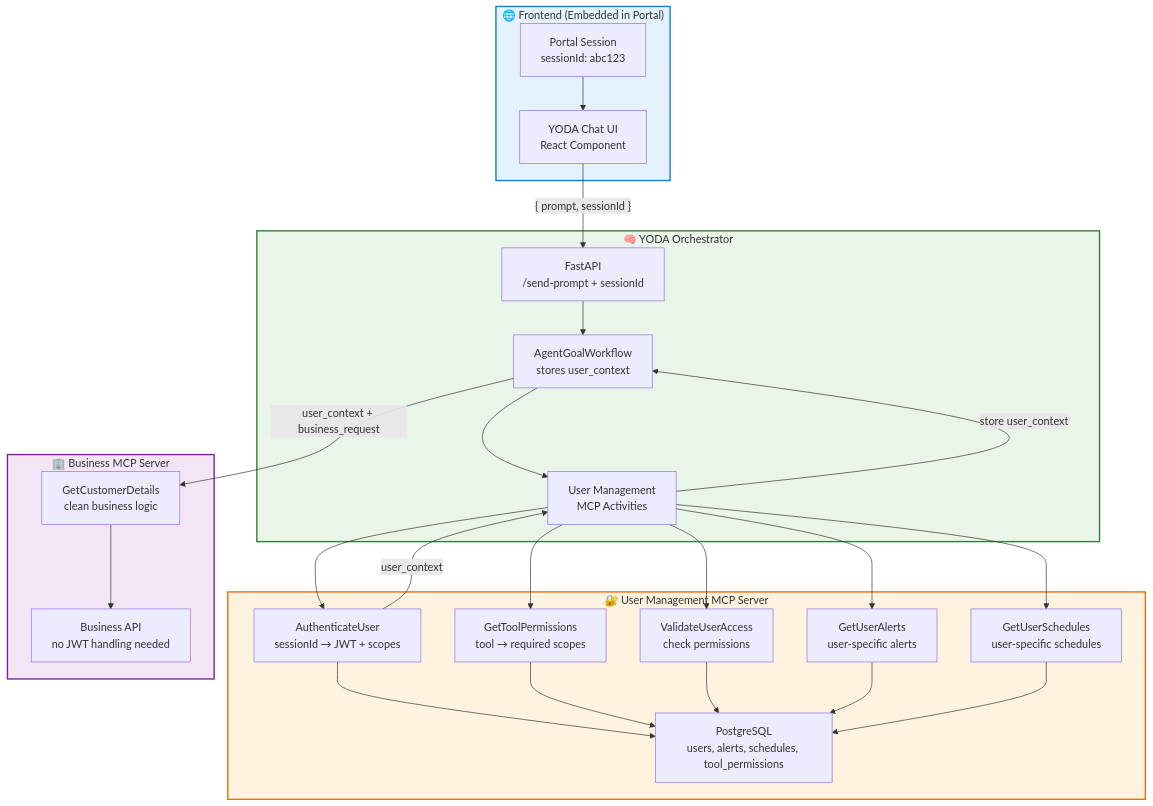
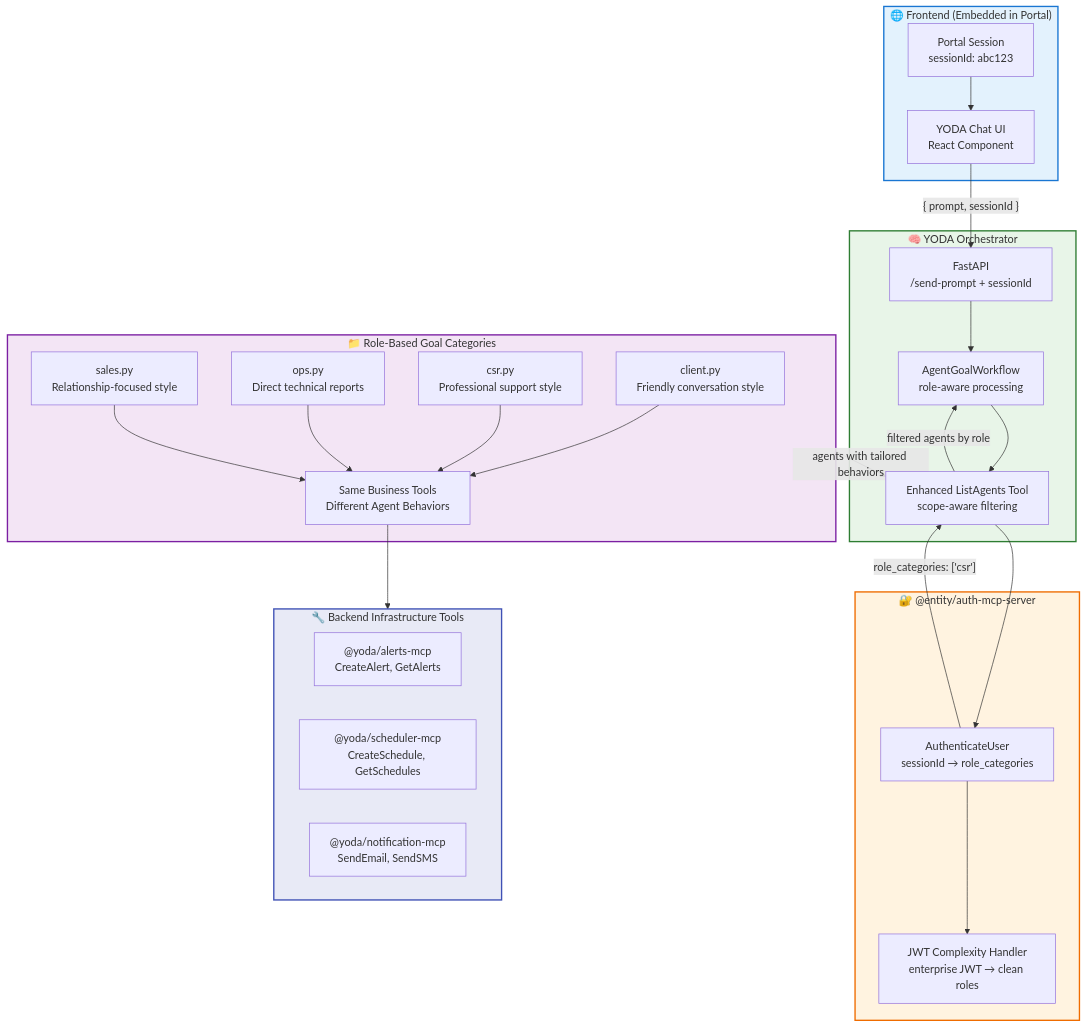
The fourth of 4 diagrams in YODA_ARCHITECTURE.md (shin-hyuk/yoda), drawn with Mermaid before and after one commit. The commit also changed other lines of this file, not shown here.

````diff
--- a/YODA_ARCHITECTURE.md
+++ b/YODA_ARCHITECTURE.md
@@ -323,60 +323,62 @@
 ```mermaid
 graph TD
     subgraph Frontend ["🌐 Frontend (Embedded in Portal)"]
         PortalSession["Portal Session<br/>sessionId: abc123"]
         YodaUI["YODA Chat UI<br/>React Component"]
         PortalSession --> YodaUI
     end
     
     subgraph YODA ["🧠 YODA Orchestrator"]
         API["FastAPI<br/>/send-prompt + sessionId"]
-        Workflow["AgentGoalWorkflow<br/>stores user_context"]
-        UserMgmtActivity["User Management<br/>MCP Activities"]
+        Workflow["AgentGoalWorkflow<br/>role-aware processing"]
+        ListAgents["Enhanced ListAgents Tool<br/>scope-aware filtering"]
         
         API --> Workflow
-        Workflow --> UserMgmtActivity
+        Workflow --> ListAgents
     end
     
-    subgraph UserMgmtMCP ["🔐 User Management MCP Server"]
-        AuthTool["AuthenticateUser<br/>sessionId → JWT + scopes"]
-        PermissionTool["GetToolPermissions<br/>tool → required scopes"]
-        AccessTool["ValidateUserAccess<br/>check permissions"]
-        AlertsTool["GetUserAlerts<br/>user-specific alerts"]
-        ScheduleTool["GetUserSchedules<br/>user-specific schedules"]
-        Database["PostgreSQL<br/>users, alerts, schedules, tool_permissions"]
+    subgraph AuthMCP ["🔐 @entity/auth-mcp-server"]
+        AuthTool["AuthenticateUser<br/>sessionId → role_categories"]
+        JWTMapping["JWT Complexity Handler<br/>enterprise JWT → clean roles"]
         
-        AuthTool --> Database
-        PermissionTool --> Database
-        AccessTool --> Database
-        AlertsTool --> Database
-        ScheduleTool --> Database
+        AuthTool --> JWTMapping
     end
     
-    subgraph BusinessMCP ["🏢 Business MCP Server"]
-        CustomerTool["GetCustomerDetails<br/>clean business logic"]
-        BusinessAPI["Business API<br/>no JWT handling needed"]
+    subgraph Goals ["📁 Role-Based Goal Categories"]
+        ClientGoals["client.py<br/>Friendly conversation style"]
+        CSRGoals["csr.py<br/>Professional support style"] 
+        OpsGoals["ops.py<br/>Direct technical reports"]
+        SalesGoals["sales.py<br/>Relationship-focused style"]
         
-        CustomerTool --> BusinessAPI
+        ClientGoals --> SameTools["Same Business Tools<br/>Different Agent Behaviors"]
+        CSRGoals --> SameTools
+        OpsGoals --> SameTools
+        SalesGoals --> SameTools
+    end
+    
+    subgraph BackendInfra ["🔧 Backend Infrastructure Tools"]
+        AlertsMCP["@yoda/alerts-mcp<br/>CreateAlert, GetAlerts"]
+        SchedulerMCP["@yoda/scheduler-mcp<br/>CreateSchedule, GetSchedules"]
+        NotificationMCP["@yoda/notification-mcp<br/>SendEmail, SendSMS"]
     end
     
     %% Flow connections
     YodaUI -->|"{ prompt, sessionId }"| API
-    UserMgmtActivity --> AuthTool
-    AuthTool -->|"user_context"| UserMgmtActivity
-    UserMgmtActivity -->|"store user_context"| Workflow
-    Workflow -->|"user_context + business_request"| CustomerTool
-    UserMgmtActivity --> PermissionTool
-    UserMgmtActivity --> AccessTool
-    UserMgmtActivity --> AlertsTool
-    UserMgmtActivity --> ScheduleTool
+    ListAgents --> AuthTool
+    AuthTool -->|"role_categories: ['csr']"| ListAgents
+    ListAgents -->|"filtered agents by role"| Workflow
+    Goals -->|"agents with tailored behaviors"| ListAgents
+    SameTools --> BackendInfra
     
     classDef frontend fill:#e3f2fd,stroke:#1976d2,stroke-width:2px
     classDef yoda fill:#e8f5e8,stroke:#2e7d32,stroke-width:2px
-    classDef userMgmt fill:#fff3e0,stroke:#ef6c00,stroke-width:2px
-    classDef business fill:#f3e5f5,stroke:#7b1fa2,stroke-width:2px
+    classDef auth fill:#fff3e0,stroke:#ef6c00,stroke-width:2px
+    classDef goals fill:#f3e5f5,stroke:#7b1fa2,stroke-width:2px
+    classDef backend fill:#e8eaf6,stroke:#3f51b5,stroke-width:2px
     
     class Frontend frontend
     class YODA yoda
-    class UserMgmtMCP userMgmt
-    class BusinessMCP business
+    class AuthMCP auth
+    class Goals goals
+    class BackendInfra backend
 ```
````
